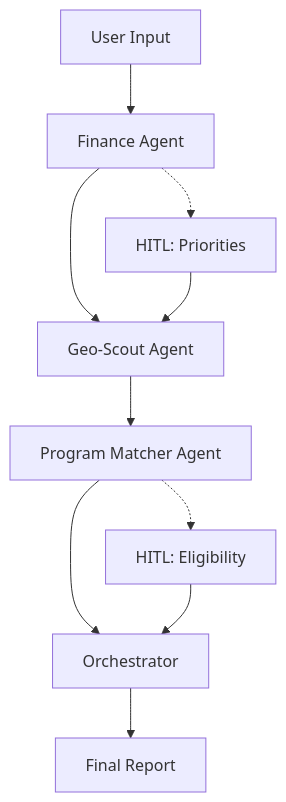
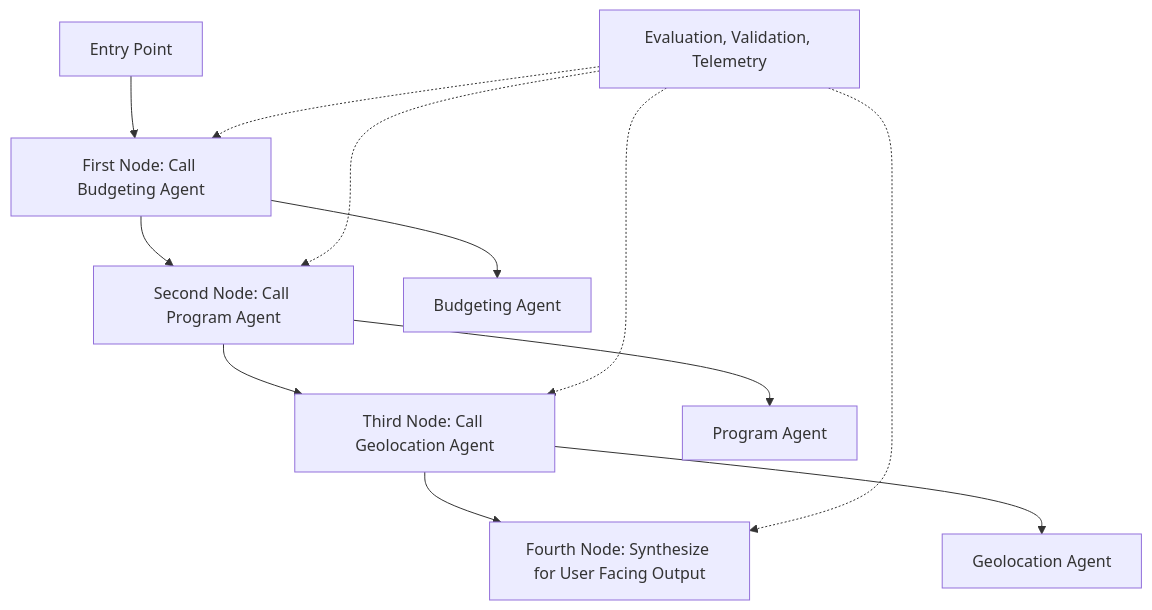
Before and after one commit to huacchob/civic-assistant-team-5: the diagram in README.md, drawn with Mermaid. The commit also changed other lines of this file and 15 other files, not shown here.

Commit message:
feat: add budgeting agent and baseline

````diff
--- a/README.md
+++ b/README.md
@@ -33,13 +35,16 @@
 ```mermaid
 flowchart TD
-  A[User Input] --> B[Finance Agent]
-  B --> C[Geo-Scout Agent]
-  C --> D[Program Matcher Agent]
-  D --> E[Orchestrator]
-  E --> F[Final Report]
+  A[Entry Point] --> B[First Node: Call Budgeting Agent]
+  B --> C[Second Node: Call Program Agent]
+  C --> D[Third Node: Call Geolocation Agent]
+  D --> E[Fourth Node: Synthesize for User Facing Output]
 
-  B -.-> G[HITL: Priorities]
-  G --> C
-  D -.-> H[HITL: Eligibility]
-  H --> E
+  B --> F[Budgeting Agent]
+  C --> G[Program Agent]
+  D --> H[Geolocation Agent]
+
+  I[Evaluation, Validation, Telemetry] -.-> B
+  I -.-> C
+  I -.-> D
+  I -.-> E
 ```
````
